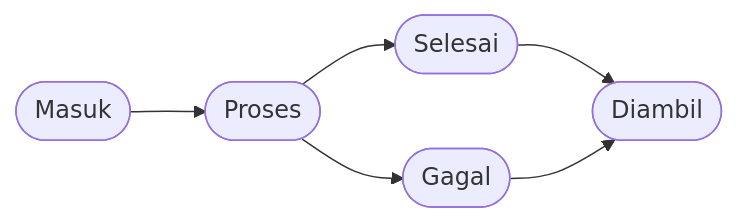
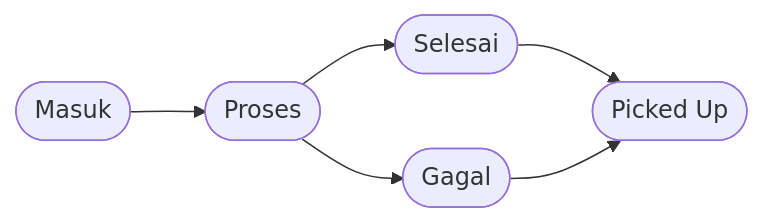
Before and after one commit to PintaAI/rms-v2: the diagram in user-manual/02-alur-servis[RiFlowChart].md, drawn with Mermaid. The commit also changed other lines of this file and 29 other files, not shown here.

````diff
--- a/user-manual/02-alur-servis[RiFlowChart].md
+++ b/user-manual/02-alur-servis[RiFlowChart].md
@@ -9,8 +9,8 @@
 ```mermaid
 flowchart LR
     A([Masuk]) --> B([Proses])
     B --> C([Selesai])
-    B --> E([Gagal])
-    C --> D([Diambil])
-    E --> D
+    B --> D([Gagal])
+    C --> E([Picked Up])
+    D --> E([Picked Up])
 ```
````
